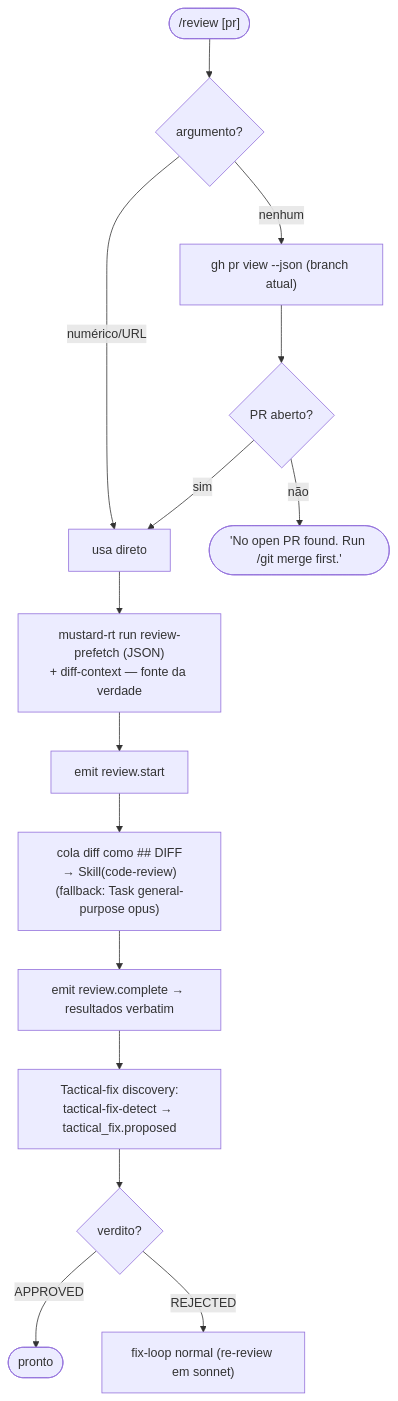
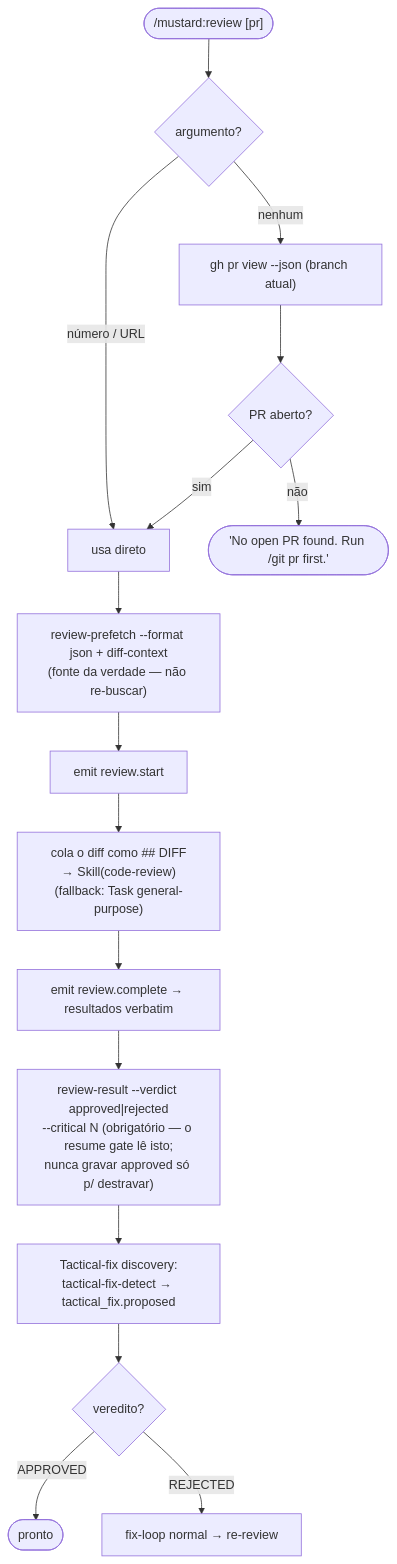
Before and after one commit to rubensrpj/mustard: diagram 12 of 20 in MUSTARD-COMMANDS.md, drawn with Mermaid. The commit also changed other lines of this file and 35 other files, not shown here.

````diff
--- a/MUSTARD-COMMANDS.md
+++ b/MUSTARD-COMMANDS.md
@@ -383,19 +438,20 @@
 ```mermaid
 flowchart TD
-    start(["/review [pr]"]) --> resolve{"argumento?"}
-    resolve -->|numérico/URL| ref["usa direto"]
+    start(["/mustard:review [pr]"]) --> resolve{"argumento?"}
+    resolve -->|"número / URL"| ref["usa direto"]
     resolve -->|nenhum| detect["gh pr view --json (branch atual)"]
     detect --> noPR{"PR aberto?"}
-    noPR -->|não| stop(["'No open PR found. Run /git merge first.'"])
+    noPR -->|não| stop(["'No open PR found. Run /git pr first.'"])
     noPR -->|sim| ref
 
-    ref --> prefetch["mustard-rt run review-prefetch (JSON)<br/>+ diff-context — fonte da verdade"]
+    ref --> prefetch["review-prefetch --format json + diff-context<br/>(fonte da verdade — não re-buscar)"]
     prefetch --> emit1["emit review.start"]
-    emit1 --> invoke["cola diff como ## DIFF<br/>→ Skill(code-review)<br/>(fallback: Task general-purpose opus)"]
+    emit1 --> invoke["cola o diff como ## DIFF<br/>→ Skill(code-review)<br/>(fallback: Task general-purpose)"]
     invoke --> emit2["emit review.complete → resultados verbatim"]
 
-    emit2 --> tf["Tactical-fix discovery:<br/>tactical-fix-detect → tactical_fix.proposed"]
-    tf --> verdict{"verdito?"}
-    verdict -->|APPROVED| done(["pronto"])
-    verdict -->|REJECTED| fixloop["fix-loop normal (re-review em sonnet)"]
+    emit2 --> verdict["review-result --verdict approved|rejected<br/>--critical N (obrigatório — o resume gate lê isto;<br/>nunca gravar approved só p/ destravar)"]
+    verdict --> tf["Tactical-fix discovery:<br/>tactical-fix-detect → tactical_fix.proposed"]
+    tf --> out{"veredito?"}
+    out -->|APPROVED| done(["pronto"])
+    out -->|REJECTED| fixloop["fix-loop normal → re-review"]
 ```
````
